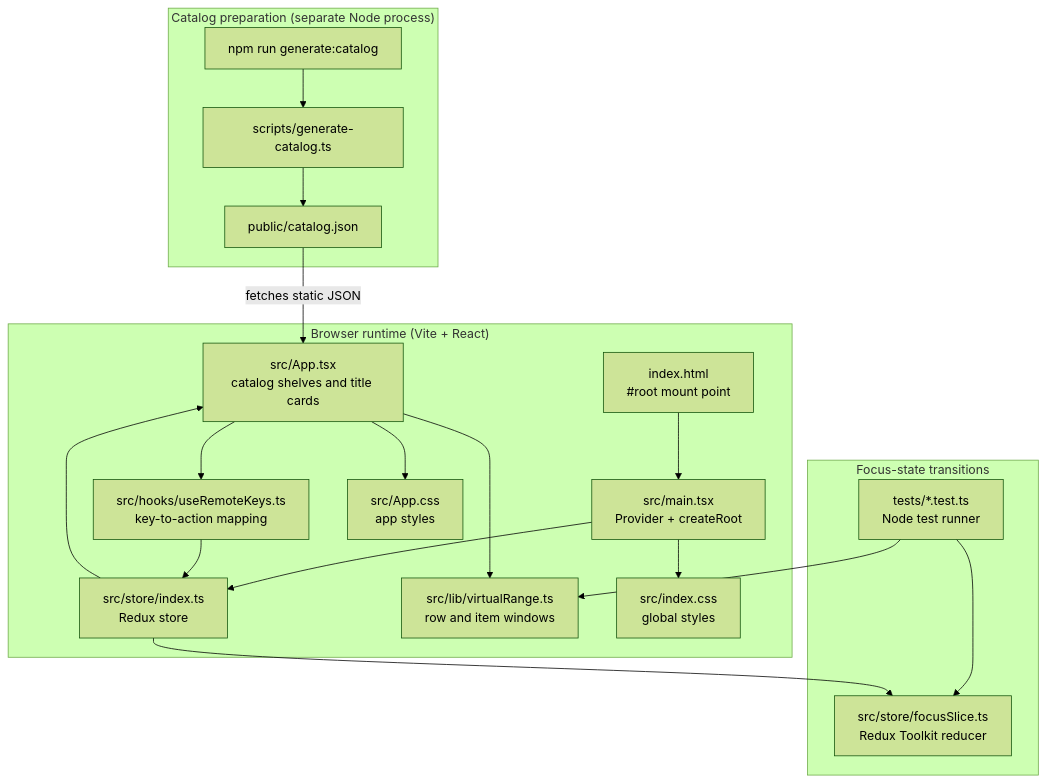
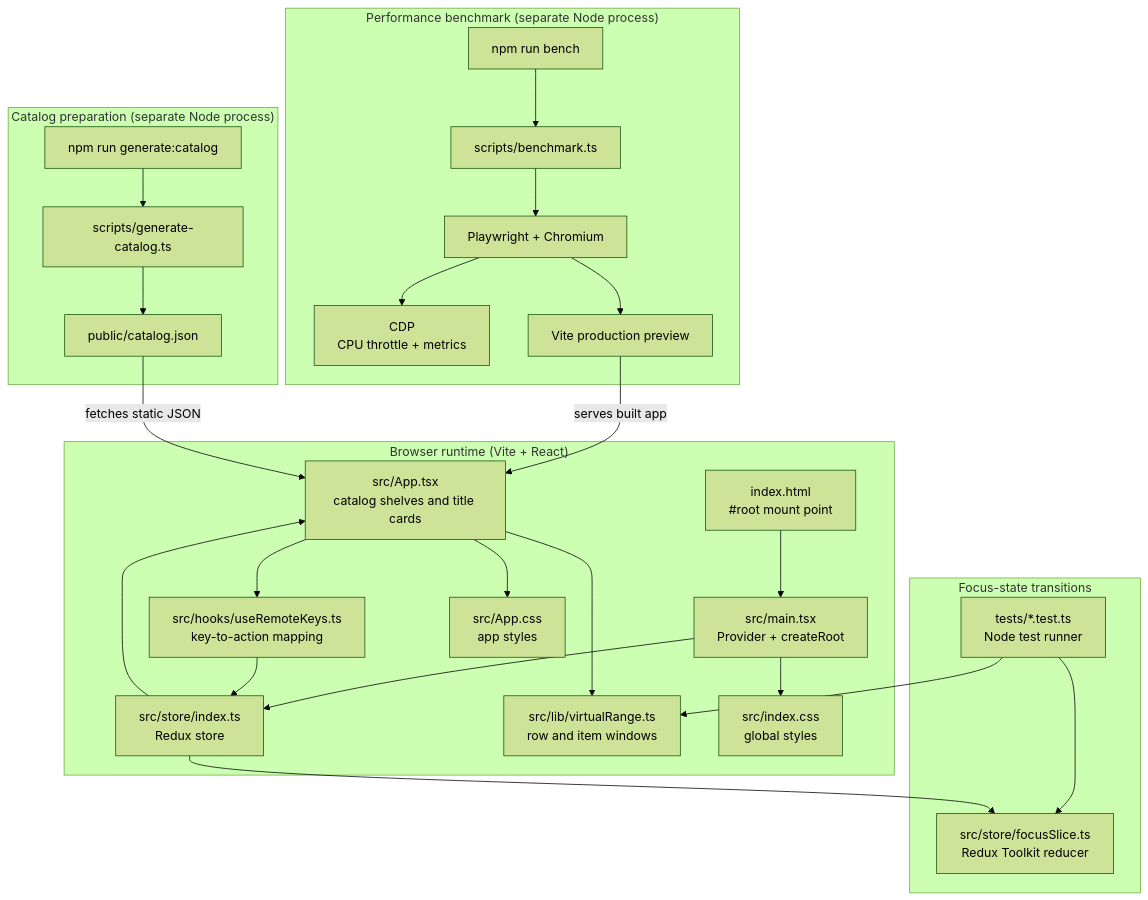
Before and after one commit to sumitjangid/TV-UI-Perf-Lab: the diagram in docs/architecture.md, drawn with Mermaid (forest theme). The commit also changed other lines of this file and 15 other files, not shown here.

````diff
--- a/docs/architecture.md
+++ b/docs/architecture.md
@@ -16,26 +16,34 @@
 ```mermaid
 flowchart TB
   subgraph catalog["Catalog preparation (separate Node process)"]
     command["npm run generate:catalog"] --> generator["scripts/generate-catalog.ts"]
     generator --> data["public/catalog.json"]
   end
 
   subgraph browser["Browser runtime (Vite + React)"]
     html["index.html<br/>#root mount point"] --> entry["src/main.tsx<br/>Provider + createRoot"]
     entry --> store["src/store/index.ts<br/>Redux store"]
     store --> app["src/App.tsx<br/>catalog shelves and title cards"]
     app --> ranges["src/lib/virtualRange.ts<br/>row and item windows"]
     app --> keys["src/hooks/useRemoteKeys.ts<br/>key-to-action mapping"]
     keys --> store
     entry --> globalStyles["src/index.css<br/>global styles"]
     app --> appStyles["src/App.css<br/>app styles"]
   end
 
   subgraph focusModel["Focus-state transitions"]
     tests["tests/*.test.ts<br/>Node test runner"] --> reducer["src/store/focusSlice.ts<br/>Redux Toolkit reducer"]
     tests --> ranges
     store --> reducer
   end
 
+  subgraph benchmark["Performance benchmark (separate Node process)"]
+    benchCommand["npm run bench"] --> benchScript["scripts/benchmark.ts"]
+    benchScript --> playwright["Playwright + Chromium"]
+    playwright --> cdp["CDP<br/>CPU throttle + metrics"]
+    playwright --> preview["Vite production preview"]
+  end
+
+  preview -->|"serves built app"| app
   data -->|"fetches static JSON"| app
 ```
````
